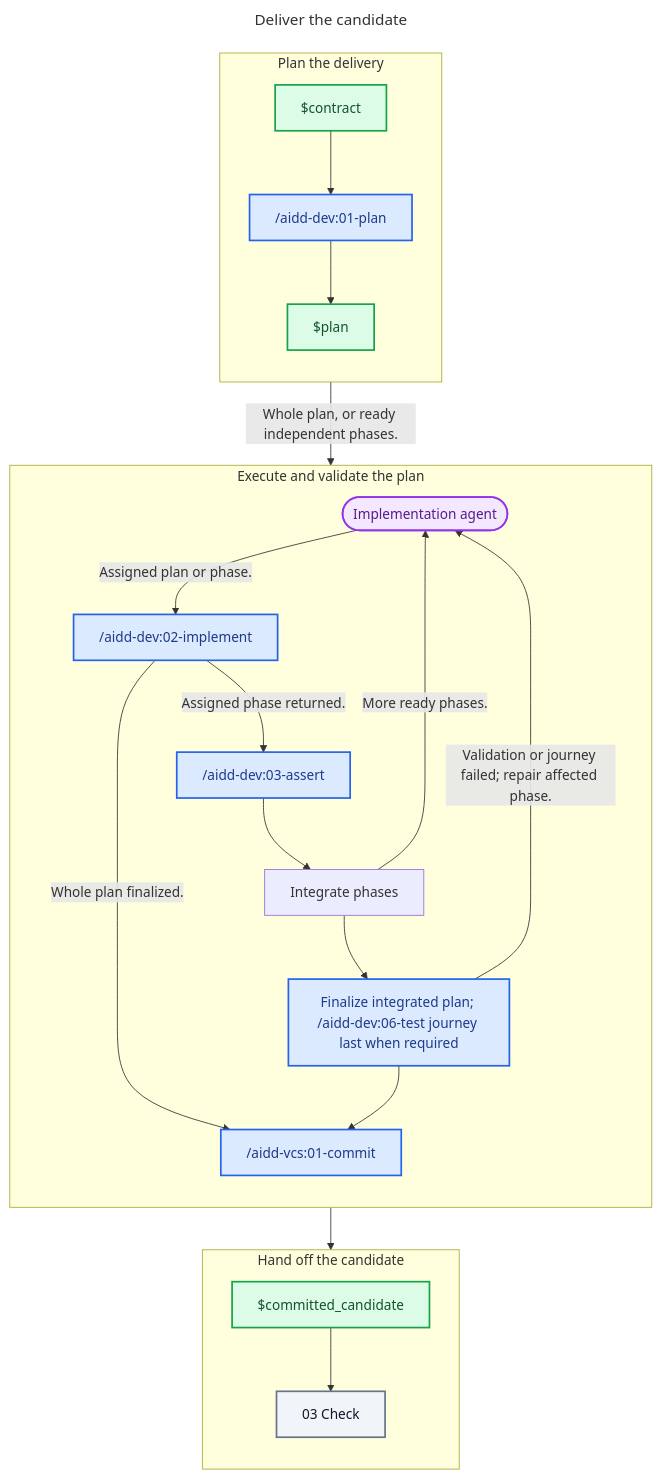
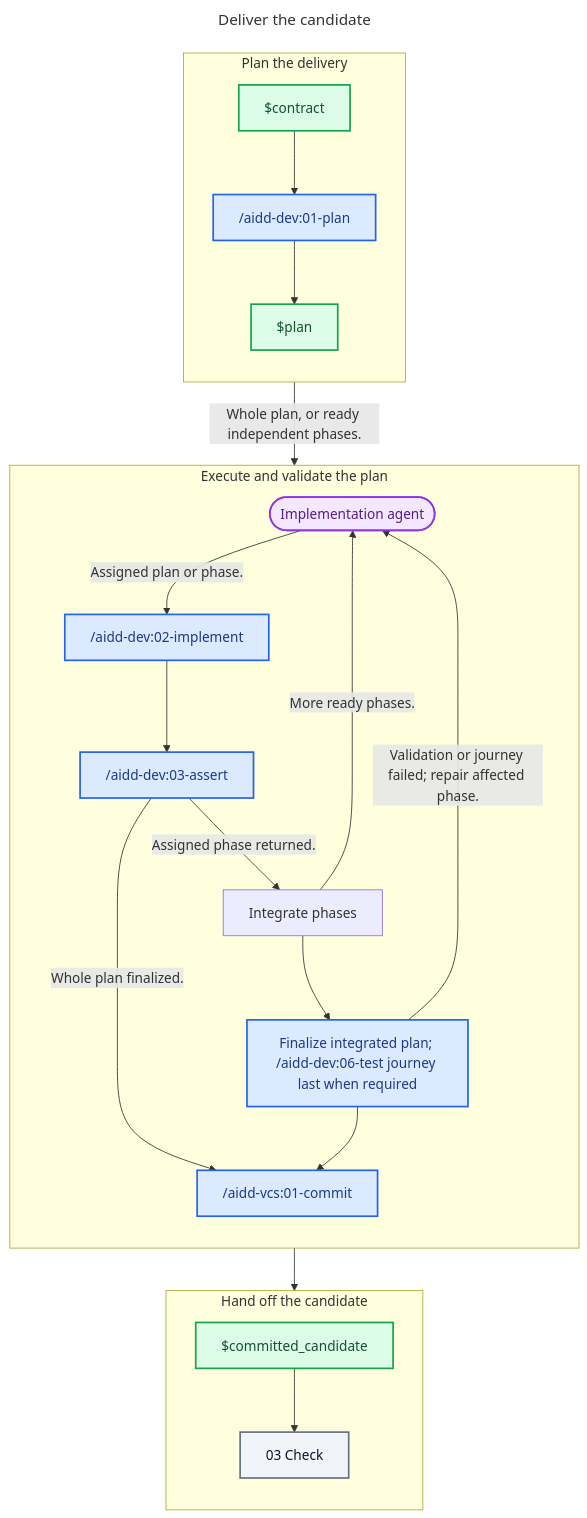
One commit to ai-driven-dev/framework changed the diagram in plugins/aidd-orchestrator/skills/01-sdlc/references/02-deliver.md. Above: the diagram before and after it, drawn with Mermaid. The commit also changed 5 other files, not shown here.

````diff
--- a/plugins/aidd-orchestrator/skills/01-sdlc/references/02-deliver.md
+++ b/plugins/aidd-orchestrator/skills/01-sdlc/references/02-deliver.md
@@ -11,52 +11,52 @@
 ```mermaid
 ---
 title: Deliver the candidate
 ---
 flowchart TD
   subgraph PlanStage["Plan the delivery"]
     direction TB
     Contract["$contract"]
     Plan["/aidd-dev:01-plan"]
     PlanArtifact["$plan"]
   end
 
   subgraph ExecuteStage["Execute and validate the plan"]
     direction TB
     Executor(["Implementation agent"])
     Implement["/aidd-dev:02-implement"]
     Assert["/aidd-dev:03-assert"]
     Integrate["Integrate phases"]
     Finalize["Finalize integrated plan; /aidd-dev:06-test journey last when required"]
     Commit["/aidd-vcs:01-commit"]
   end
 
   subgraph HandoffStage["Hand off the candidate"]
     direction TB
     CommittedCandidate["$committed_candidate"]
     Check["03 Check"]
   end
 
   Contract --> Plan
   Plan --> PlanArtifact
   PlanArtifact -- "Whole plan, or ready independent phases." --> Executor
   Executor -- "Assigned plan or phase." --> Implement
-  Implement -- "Whole plan finalized." --> Commit
-  Implement -- "Assigned phase returned." --> Assert
-  Assert --> Integrate
+  Implement --> Assert
+  Assert -- "Whole plan finalized." --> Commit
+  Assert -- "Assigned phase returned." --> Integrate
   Integrate -- "More ready phases." --> Executor
   Integrate --> Finalize
   Finalize -- "Validation or journey failed; repair affected phase." --> Executor
   Finalize --> Commit
   Commit --> CommittedCandidate
   CommittedCandidate --> Check
 
   classDef skill fill:#DBEAFE,stroke:#2563EB,color:#1E3A8A,stroke-width:2px
   classDef agent fill:#F3E8FF,stroke:#9333EA,color:#581C87,stroke-width:2px
   classDef artifact fill:#DCFCE7,stroke:#16A34A,color:#14532D,stroke-width:2px
   classDef zone fill:#F1F5F9,stroke:#64748B,color:#0F172A,stroke-width:2px
 
   class Plan,Implement,Assert,Finalize,Commit skill
   class Executor agent
   class Contract,PlanArtifact,CommittedCandidate artifact
   class Check zone
 ```
````
